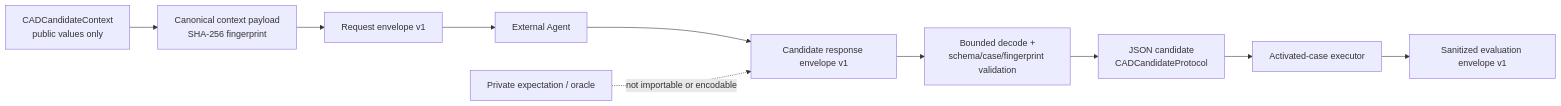
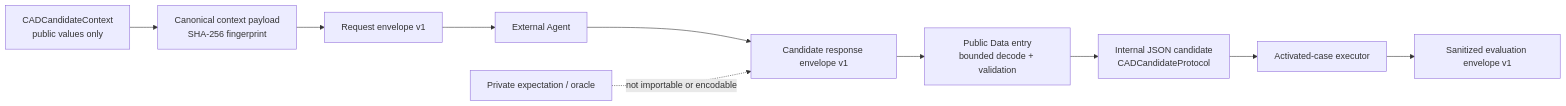
Before and after one commit to 1amageek/Rupa: the first of 2 diagrams in RupaKit/Sources/RupaAgentCADBenchmarkJSONAdapter/DESIGN.md, drawn with Mermaid. The commit also changed other lines of this file and 14 other files, not shown here.

````diff
--- a/RupaKit/Sources/RupaAgentCADBenchmarkJSONAdapter/DESIGN.md
+++ b/RupaKit/Sources/RupaAgentCADBenchmarkJSONAdapter/DESIGN.md
@@ -47,12 +49,12 @@
 ```mermaid
 flowchart LR
     PublicContext["CADCandidateContext\npublic values only"] --> Canonical["Canonical context payload\nSHA-256 fingerprint"]
     Canonical --> Request["Request envelope v1"]
     External["External Agent"] --> Response["Candidate response envelope v1"]
     Request --> External
-    Response --> Validate["Bounded decode +\nschema/case/fingerprint validation"]
-    Validate --> Candidate["JSON candidate\nCADCandidateProtocol"]
+    Response --> Validate["Public Data entry\nbounded decode + validation"]
+    Validate --> Candidate["Internal JSON candidate\nCADCandidateProtocol"]
     Candidate --> Executor["Activated-case executor"]
     Executor --> Evaluation["Sanitized evaluation envelope v1"]
     Private["Private expectation / oracle"] -. "not importable or encodable" .-> Response
 ```
````
